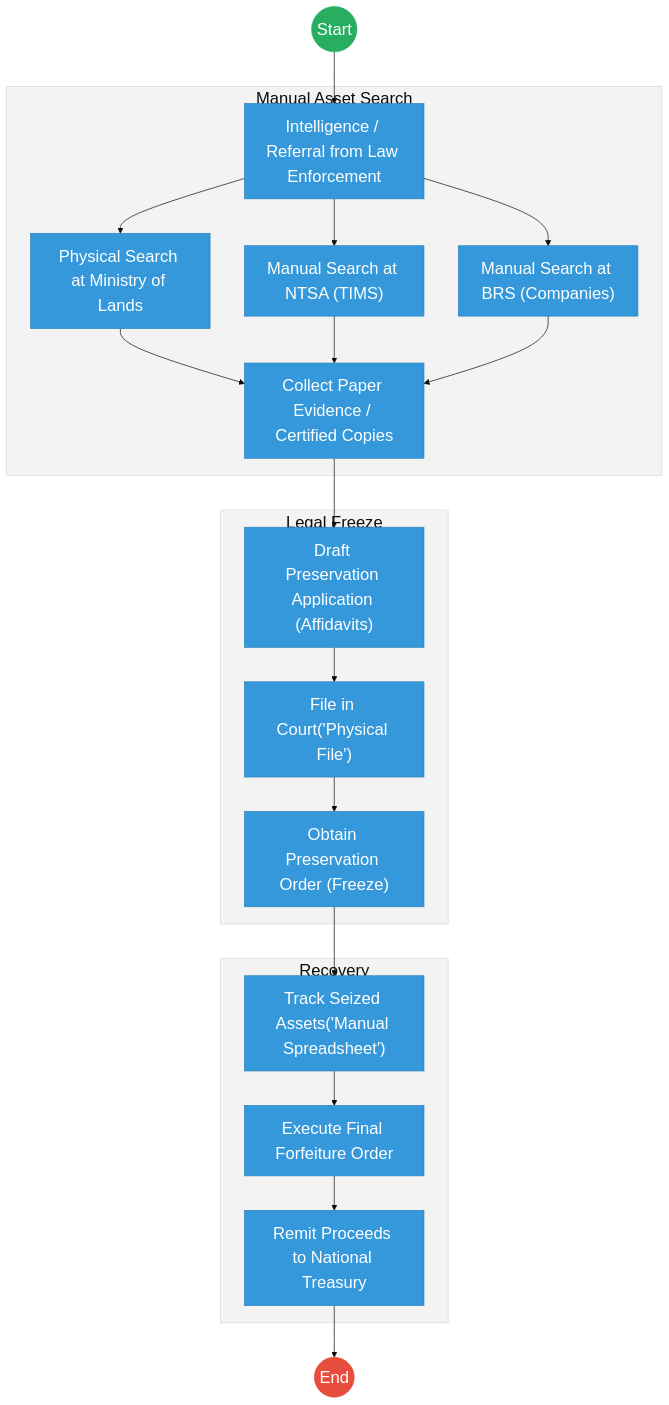
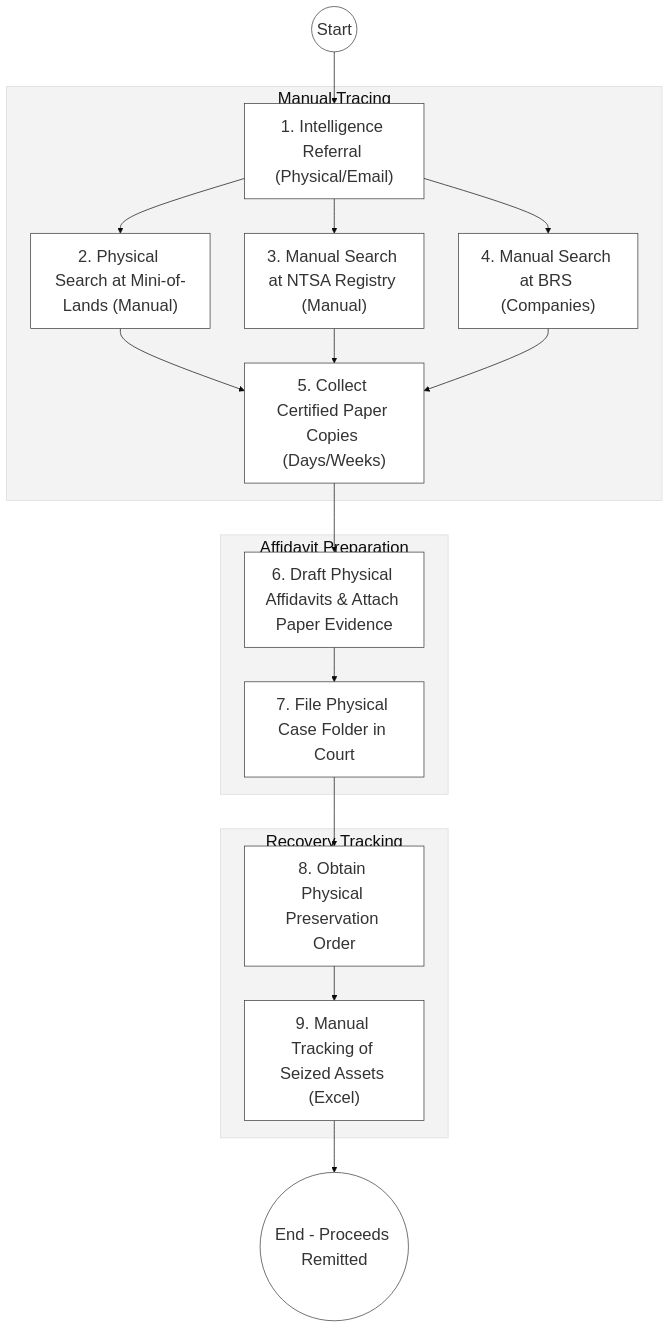
The first of 2 diagrams in mdas/docs_final/priority_mdas/Assets_Recovery_Agency___Service_Delivery.md (BITZ-IT-Consulting-LTD/ictapoc), drawn with Mermaid before and after one commit. The commit also changed other lines of this file and 37 other files, not shown here.

````diff
--- a/mdas/docs_final/priority_mdas/Assets_Recovery_Agency___Service_Delivery.md
+++ b/mdas/docs_final/priority_mdas/Assets_Recovery_Agency___Service_Delivery.md
@@ -39,35 +77,26 @@
 ```mermaid
 %%{init: { 'theme': 'base', 'themeVariables': { 'fontSize': '24px', 'fontFamily': 'Inter, system-ui, sans-serif', 'primaryColor': '#ffffff', 'edgeLabelBackground':'#ffffff', 'tertiaryColor': '#f3f3f3', 'mainBkg': '#ffffff', 'nodeBorder': '#333333' } } }%%
-graph TD
-    Start((Start)) --> Alert["Intelligence / Referral from Law Enforcement"]
+flowchart TD
+    Start((Start)) --> Alert["1. Intelligence Referral (Physical/Email)"]
     
-    subgraph Tracing["Manual Asset Search"]
-        Alert --> SearchLands["Physical Search at Ministry of Lands"]
-        Alert --> SearchNTSA["Manual Search at NTSA (TIMS)"]
-        Alert --> SearchBRS["Manual Search at BRS (Companies)"]
-        SearchLands --> Collect["Collect Paper Evidence / Certified Copies"]
+    subgraph Tracing_Silo["Manual Tracing"]
+        Alert --> SearchLands["2. Physical Search at Mini-of-Lands (Manual)"]
+        Alert --> SearchNTSA["3. Manual Search at NTSA Registry (Manual)"]
+        Alert --> SearchBRS["4. Manual Search at BRS (Companies)"]
+        SearchLands --> Collect["5. Collect Certified Paper Copies (Days/Weeks)"]
         SearchNTSA --> Collect
         SearchBRS --> Collect
     end
-    
-    subgraph Preservation["Legal Freeze"]
-        Collect --> Draft["Draft Preservation Application (Affidavits)"]
-        Draft --> Court["File in Court('Physical File')"]
-        Court --> Order["Obtain Preservation Order (Freeze)"]
+
+    subgraph Legal_Layer["Affidavit Preparation"]
+        Collect --> Draft["6. Draft Physical Affidavits & Attach Paper Evidence"]
+        Draft --> Court["7. File Physical Case Folder in Court"]
     end
-    
-    subgraph Forfeiture [Recovery]
-        Order --> Management["Track Seized Assets('Manual Spreadsheet')"]
-        Management --> FinalForfeiture["Execute Final Forfeiture Order"]
-        FinalForfeiture --> Treasury["Remit Proceeds to National Treasury"]
+
+    subgraph Execution_Silo["Recovery Tracking"]
+        Court --> Order["8. Obtain Physical Preservation Order"]
+        Order --> Management["9. Manual Tracking of Seized Assets (Excel)"]
     end
-    
-    Treasury --> End((End))
 
-    classDef start fill:#27ae60,stroke:#27ae60,color:#fff,font-size:24px,font-size:24px;;
-    classDef endNode fill:#e74c3c,stroke:#e74c3c,color:#fff,font-size:24px,font-size:24px;;
-    classDef userTask fill:#3498db,stroke:#2980b9,color:#fff,font-size:24px,font-size:24px;;
-    class Start start;
-    class End endNode;
-    class Alert,SearchLands,SearchNTSA,SearchBRS,Collect,Draft,Court,Order,Management,FinalForfeiture,Treasury userTask;
+    Management --> EndProcess(("End - Proceeds Remitted"))
 ```
````
